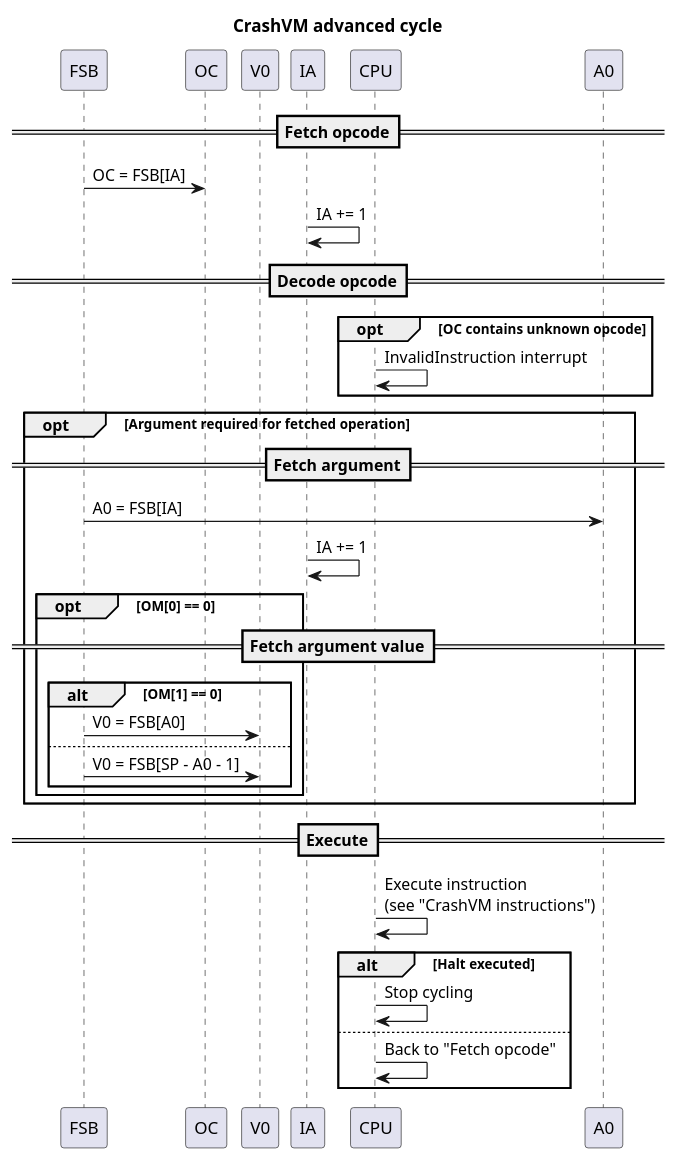
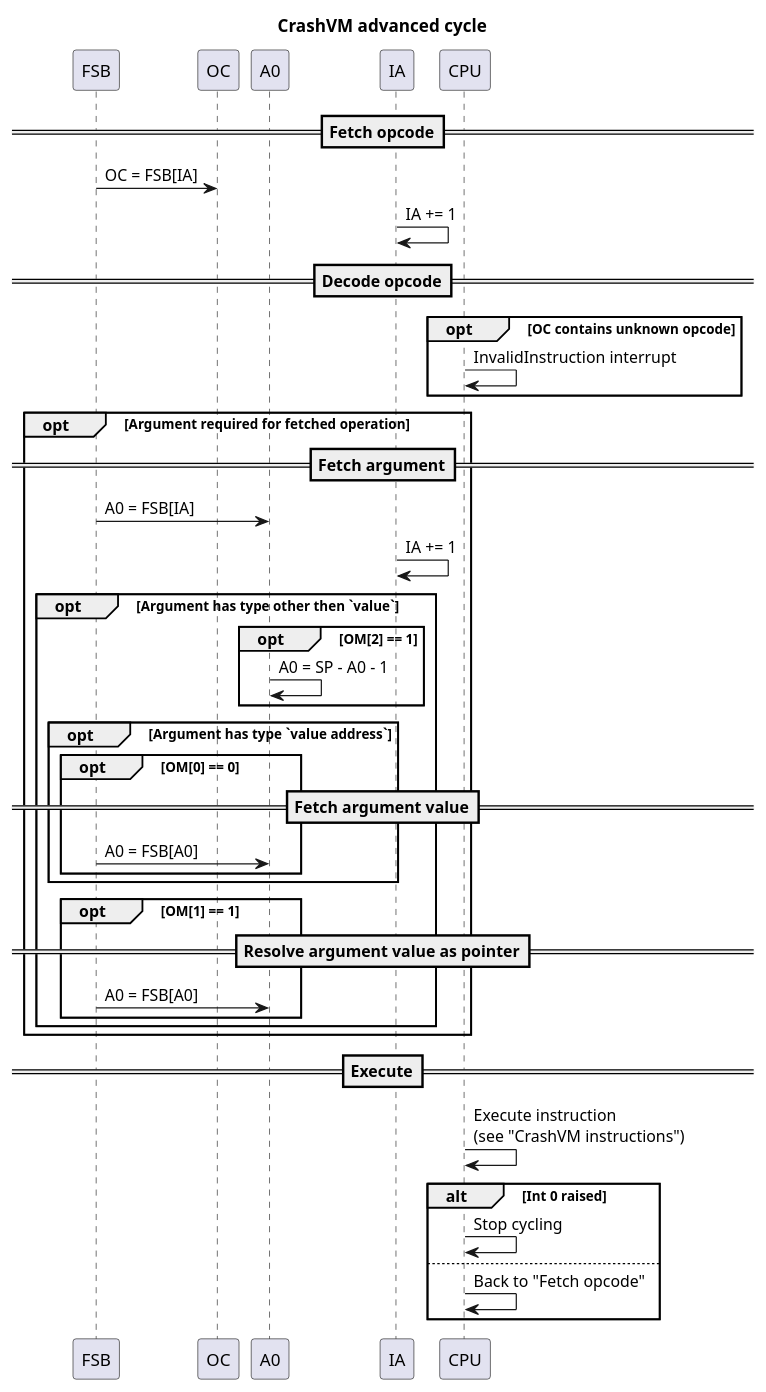
Before and after one commit to hypafrag/crash-vm: the fifth of 7 diagrams in doc/system.puml, drawn with PlantUML. The commit also changed other lines of this file and 8 other files, not shown here.

```diff
--- a/doc/system.puml
+++ b/doc/system.puml
@@ -135,38 +136,45 @@
 @startuml advanced_cycle
 title CrashVM advanced cycle
 
 participant FSB
 participant OC
-participant V0
+participant A0
 participant IA
 participant CPU
 
 ==Fetch opcode==
 FSB -> OC: OC = FSB[IA]
 IA -> IA: IA += 1
 ==Decode opcode==
 opt OC contains unknown opcode
 CPU -> CPU: InvalidInstruction interrupt
 end
 opt Argument required for fetched operation
     ==Fetch argument==
     FSB -> A0: A0 = FSB[IA]
     IA -> IA: IA += 1
-    opt OM[0] == 0
-        ==Fetch argument value==
-        alt OM[1] == 0
-        FSB -> V0: V0 = FSB[A0]
-        else
-        FSB -> V0: V0 = FSB[SP - A0 - 1]
+    opt Argument has type other then `value`
+        opt OM[2] == 1
+            A0 -> A0: A0 = SP - A0 - 1
+        end
+        opt Argument has type `value address`
+            opt OM[0] == 0
+                ==Fetch argument value==
+                FSB -> A0: A0 = FSB[A0]
+            end
+        end
+        opt OM[1] == 1
+            ==Resolve argument value as pointer==
+            FSB -> A0: A0 = FSB[A0]
         end
     end
 end
 ==Execute==
 CPU -> CPU: Execute instruction\n(see "CrashVM instructions")
-alt Halt executed
+alt Int 0 raised
     CPU -> CPU: Stop cycling
 else
     CPU -> CPU: Back to "Fetch opcode"
 end
 
 @enduml
```
